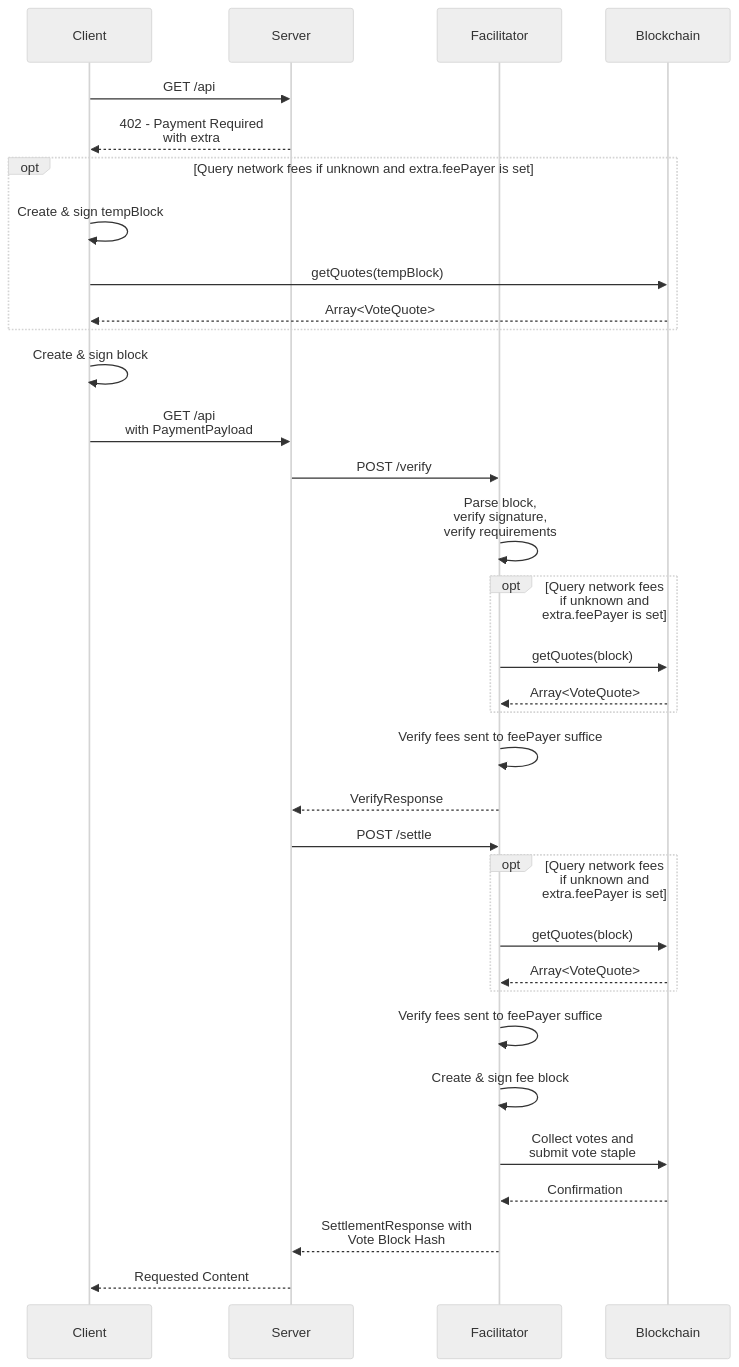
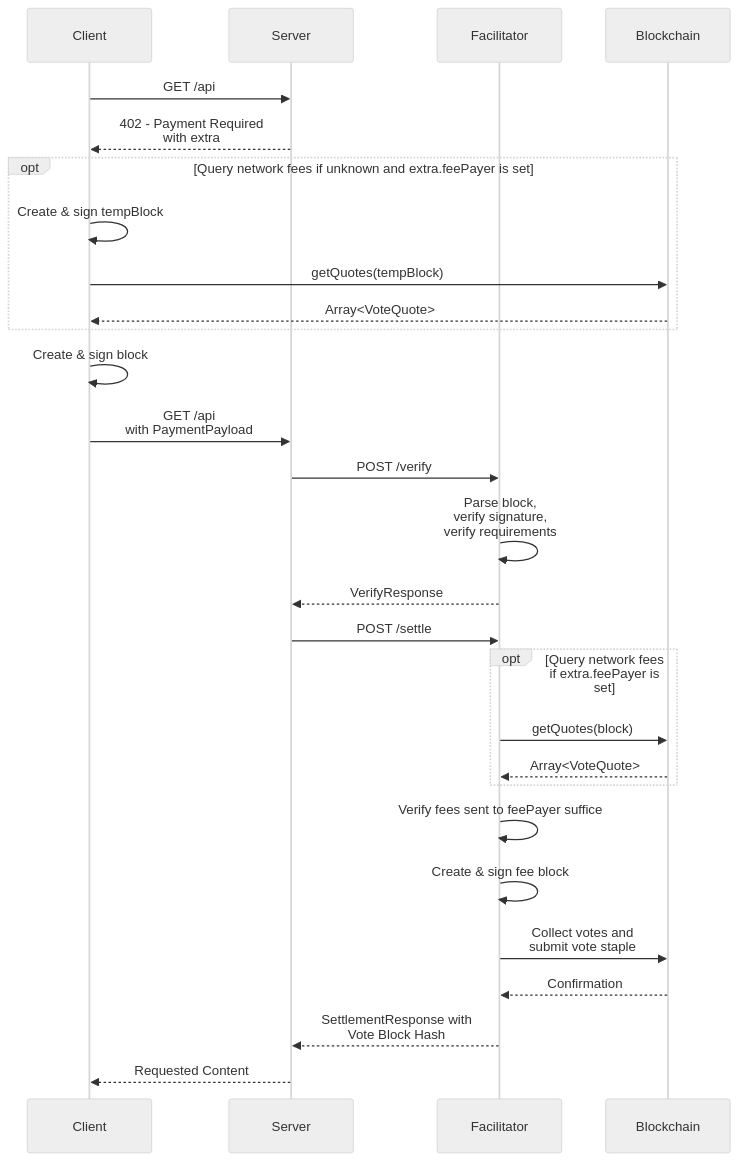
Before and after one commit to sc4l3r/coinbase-x402: the diagram in specs/schemes/exact/scheme_exact_keeta.md, drawn with Mermaid (neutral theme). The commit also changed other lines of this file, not shown here.

First line of the commit message:
feat(spec): move fee amount checking for non-sponsored to settlement

````diff
--- a/specs/schemes/exact/scheme_exact_keeta.md
+++ b/specs/schemes/exact/scheme_exact_keeta.md
@@ -13,36 +13,31 @@
 ```mermaid
 sequenceDiagram
     participant Client;
     participant Server;
     participant Facilitator;
     participant Blockchain;
 
     Client->>Server: GET /api
     Server-->>Client: 402 - Payment Required<br>with extra
     opt Query network fees if unknown and extra.feePayer is set
         Client->>Client: Create & sign tempBlock
         Client->>Blockchain: getQuotes(tempBlock)
         Blockchain-->>Client: Array<VoteQuote>
     end
     Client->>Client: Create & sign block
     Client->>Server: GET /api <br>with PaymentPayload
     Server->>Facilitator: POST /verify
     Facilitator->>Facilitator: Parse block,<br>verify signature,<br>verify requirements
-    opt Query network fees if unknown and extra.feePayer is set
-        Facilitator->>Blockchain: getQuotes(block)
-        Blockchain-->>Facilitator: Array<VoteQuote>
-    end
-    Facilitator->>Facilitator: Verify fees sent to feePayer suffice
     Facilitator-->>Server: VerifyResponse
     Server->>Facilitator: POST /settle
-    opt Query network fees if unknown and extra.feePayer is set
+    opt Query network fees if extra.feePayer is set
         Facilitator->>Blockchain: getQuotes(block)
         Blockchain-->>Facilitator: Array<VoteQuote>
     end
     Facilitator->>Facilitator: Verify fees sent to feePayer suffice
     Facilitator->>Facilitator: Create & sign fee block
     Facilitator->>Blockchain: Collect votes and<br>submit vote staple
     Blockchain-->>Facilitator: Confirmation
     Facilitator-->>Server: SettlementResponse with<br>Vote Block Hash
     Server-->>Client: Requested Content
 ```
````
